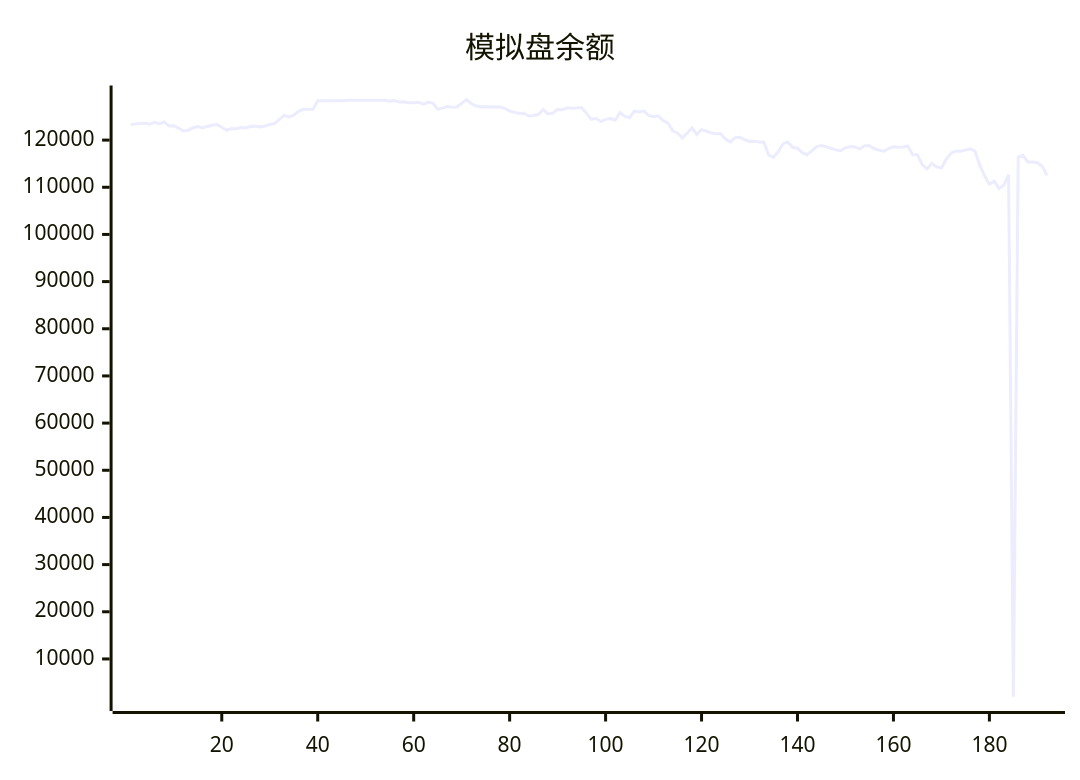
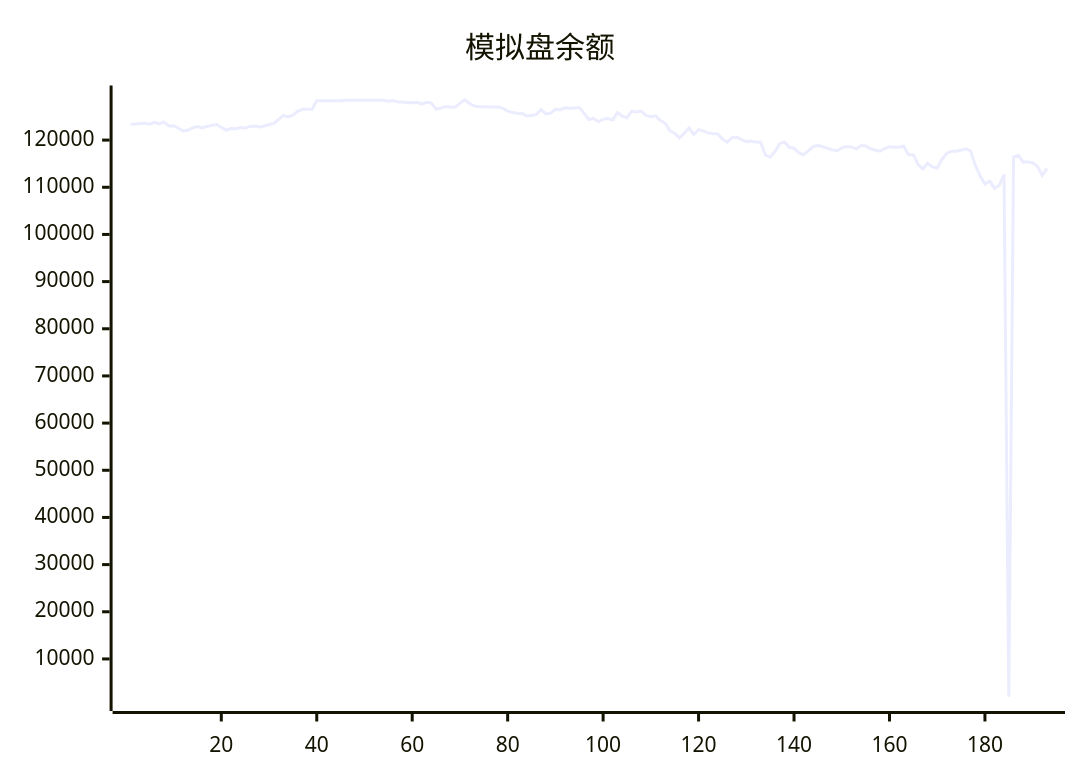
Before and after one commit to aahl/ai-trading: the diagram in README.md, drawn with Mermaid. The commit also changed other lines of this file and 1 other file, not shown here.

````diff
--- a/README.md
+++ b/README.md
@@ -5,5 +5,5 @@
 ```mermaid
 xychart
     title "模拟盘余额"
-    line [123338,123402,123530,123592,123378,123745,123413,123853,123009,123040,122557,121938,122095,122599,122856,122597,122898,123160,123319,122719,122087,122454,122416,122685,122592,122907,122961,122776,122981,123295,123507,124403,125224,124894,125303,126088,126544,126534,126549,128335,128318,128318,128318,128318,128318,128424,128424,128424,128424,128424,128424,128424,128424,128424,128247,128412,128062,128087,127917,127901,128026,127611,128000,127850,126572,126770,127100,126971,127029,127783,128554,127765,127224,127064,127044,127009,127025,127004,126738,126152,125871,125635,125707,125117,125217,125420,126480,125545,125715,126511,126424,126856,126764,126788,126890,125710,124381,124632,123936,124402,124574,124256,125833,125070,124739,126154,125966,126145,125213,124943,125143,124157,123604,121959,121476,120476,121470,122610,121201,122221,121889,121522,121332,121344,120232,119559,120513,120577,120108,119680,119777,119572,119568,116839,116392,117573,119250,119585,118469,118277,117338,116897,117706,118628,118849,118579,118280,117926,117735,118373,118639,118544,118136,118798,118819,118162,117874,117649,118215,118601,118463,118517,118713,116911,116899,114798,113887,115084,114313,114091,115934,117221,117658,117658,117883,118164,117693,114632,112403,110644,111313,109777,110444,112673,1984,116419,116772,115355,115355,115198,114476,112510]
+    line [123338,123402,123530,123592,123378,123745,123413,123853,123009,123040,122557,121938,122095,122599,122856,122597,122898,123160,123319,122719,122087,122454,122416,122685,122592,122907,122961,122776,122981,123295,123507,124403,125224,124894,125303,126088,126544,126534,126549,128335,128318,128318,128318,128318,128318,128424,128424,128424,128424,128424,128424,128424,128424,128424,128247,128412,128062,128087,127917,127901,128026,127611,128000,127850,126572,126770,127100,126971,127029,127783,128554,127765,127224,127064,127044,127009,127025,127004,126738,126152,125871,125635,125707,125117,125217,125420,126480,125545,125715,126511,126424,126856,126764,126788,126890,125710,124381,124632,123936,124402,124574,124256,125833,125070,124739,126154,125966,126145,125213,124943,125143,124157,123604,121959,121476,120476,121470,122610,121201,122221,121889,121522,121332,121344,120232,119559,120513,120577,120108,119680,119777,119572,119568,116839,116392,117573,119250,119585,118469,118277,117338,116897,117706,118628,118849,118579,118280,117926,117735,118373,118639,118544,118136,118798,118819,118162,117874,117649,118215,118601,118463,118517,118713,116911,116899,114798,113887,115084,114313,114091,115934,117221,117658,117658,117883,118164,117693,114632,112403,110644,111313,109777,110444,112673,1984,116419,116772,115355,115355,115198,114476,112510,113954]
 ```
````
